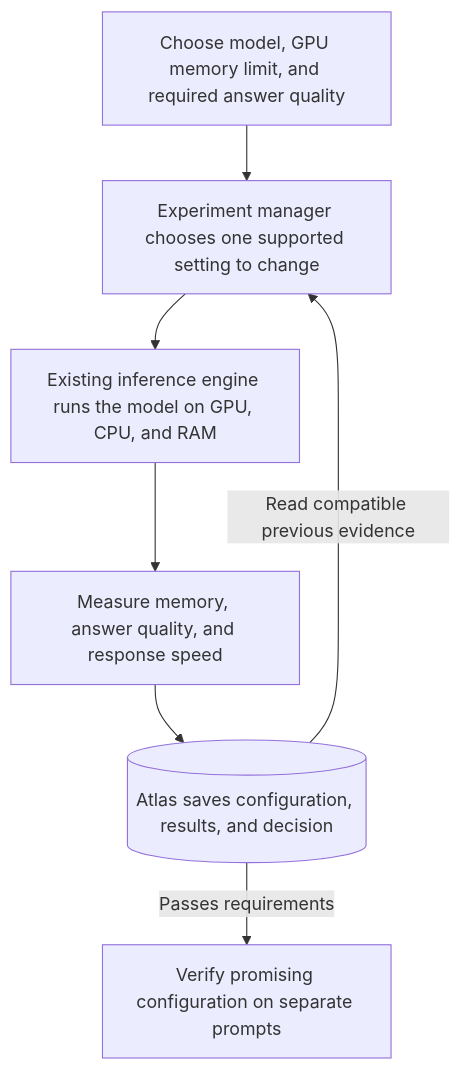
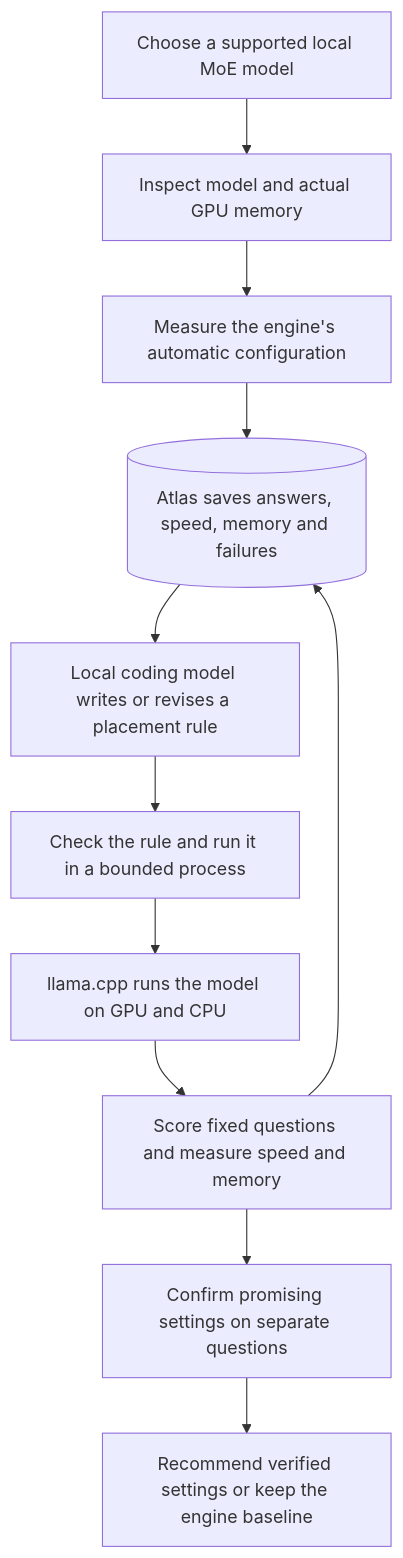
The diagram in CONSUMER_GPU_PLAN.md (casualcomputer/atlas-gpu-harness), drawn with Mermaid before and after one commit. The commit also changed other lines of this file and 28 other files, not shown here.

````diff
--- a/CONSUMER_GPU_PLAN.md
+++ b/CONSUMER_GPU_PLAN.md
@@ -28,15 +13,13 @@
 ```mermaid
 flowchart TD
-    G[Choose model, GPU memory limit, and required answer quality]
-    H[Experiment manager chooses one supported setting to change]
-    E[Existing inference engine runs the model on GPU, CPU, and RAM]
-    M[Measure memory, answer quality, and response speed]
-    A[(Atlas saves configuration, results, and decision)]
-    V[Verify promising configuration on separate prompts]
-    G --> H
-    A -->|Read compatible previous evidence| H
-    H --> E
-    E --> M
+    U[Choose a supported local MoE model] --> P[Inspect model and actual GPU memory]
+    P --> B[Measure the engine's automatic configuration]
+    B --> A[(Atlas saves answers, speed, memory and failures)]
+    A --> C[Local coding model writes or revises a placement rule]
+    C --> V[Check the rule and run it in a bounded process]
+    V --> E[llama.cpp runs the model on GPU and CPU]
+    E --> M[Score fixed questions and measure speed and memory]
     M --> A
-    A -->|Passes requirements| V
+    M --> H[Confirm promising settings on separate questions]
+    H --> R[Recommend verified settings or keep the engine baseline]
 ```
````
